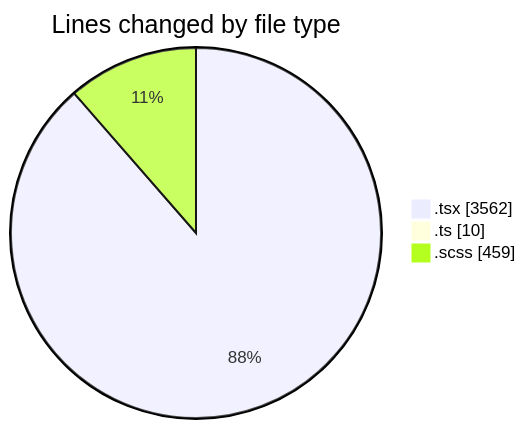
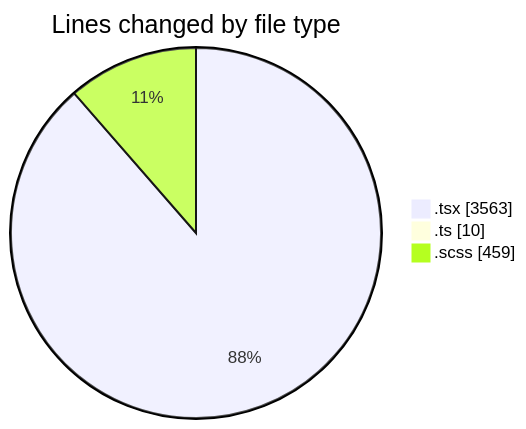
Before and after one commit to momahboobian/code-tracking: the first of 2 diagrams in 2025-11-17/cda/README.md, drawn with Mermaid. The commit also changed other lines of this file and 1 other file, not shown here.

````diff
--- a/2025-11-17/cda/README.md
+++ b/2025-11-17/cda/README.md
@@ -28,7 +28,7 @@
 ```mermaid
 pie showData
 title Lines changed by file type
-".tsx" : 3562
+".tsx" : 3563
 ".ts" : 10
 ".scss" : 459
 ```
````
